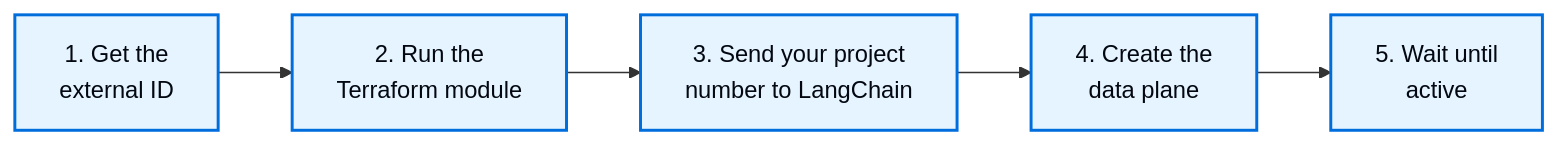
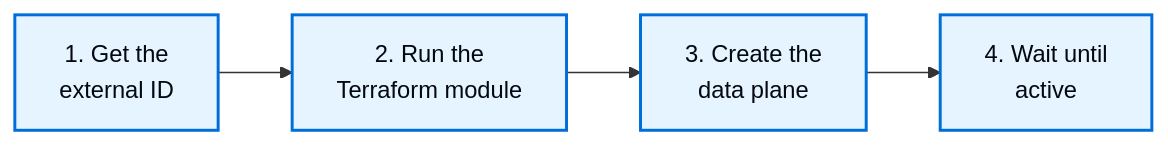
One commit to Ikki6666/docs changed the diagram in translations/zh/src/langsmith/byoc-onboarding-gcp.mdx. Above: the diagram before and after it, drawn with Mermaid. The commit also changed other lines of this file and 203 other files, not shown here.

````diff
--- a/translations/zh/src/langsmith/byoc-onboarding-gcp.mdx
+++ b/translations/zh/src/langsmith/byoc-onboarding-gcp.mdx
@@ -30,10 +30,9 @@
 ```mermaid
 flowchart LR
   A["1. Get the<br>external ID"] --> B["2. Run the<br>Terraform module"]
-  B --> C["3. Send your project<br>number to LangChain"]
-  C --> D["4. Create the<br>data plane"]
-  D --> E["5. Wait until<br>active"]
+  B --> C["3. Create the<br>data plane"]
+  C --> D["4. Wait until<br>active"]
 
   classDef process fill:#E5F4FF,stroke:#006DDD,stroke-width:2px,color:#030710
-  class A,B,C,D,E process
+  class A,B,C,D process
 ```
````
